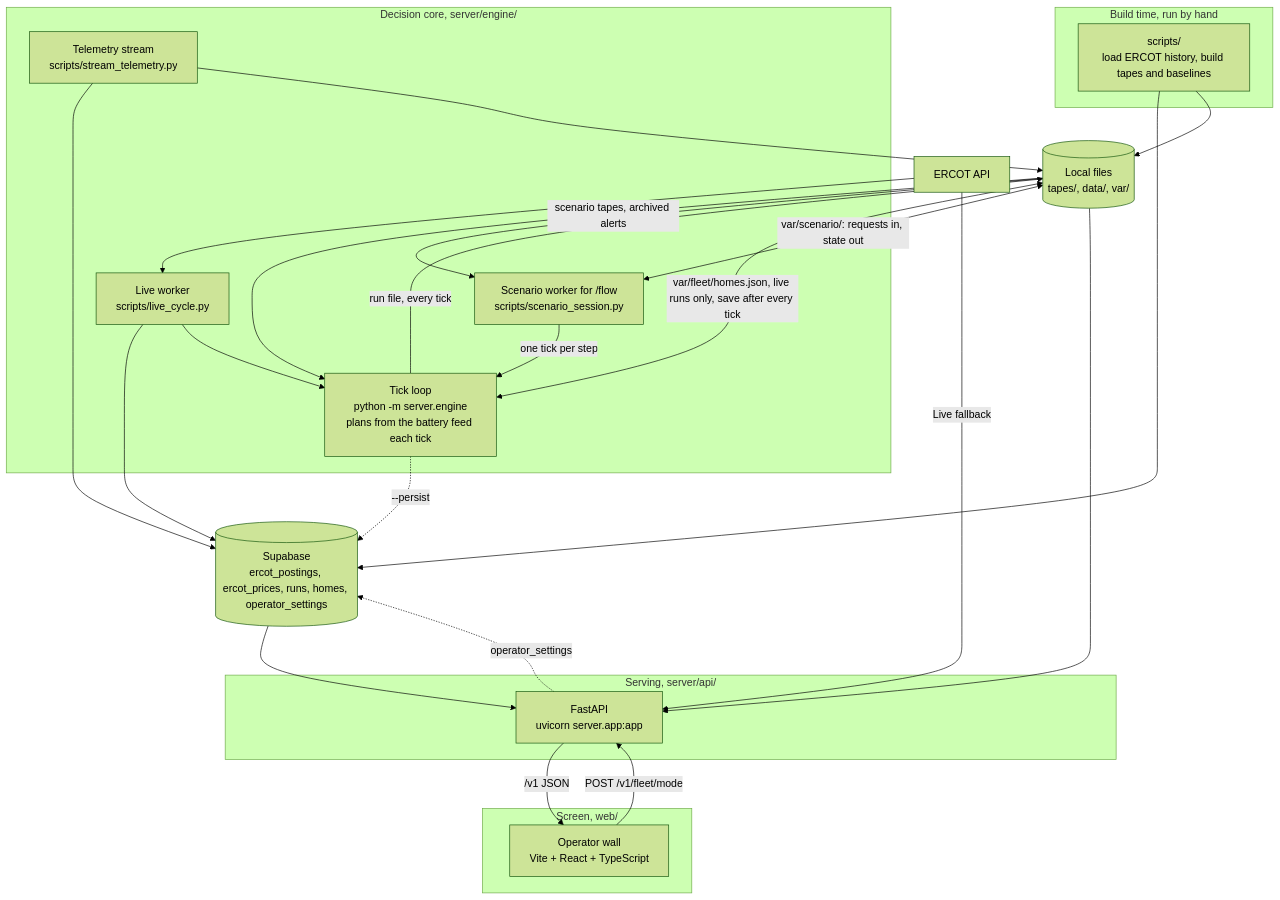
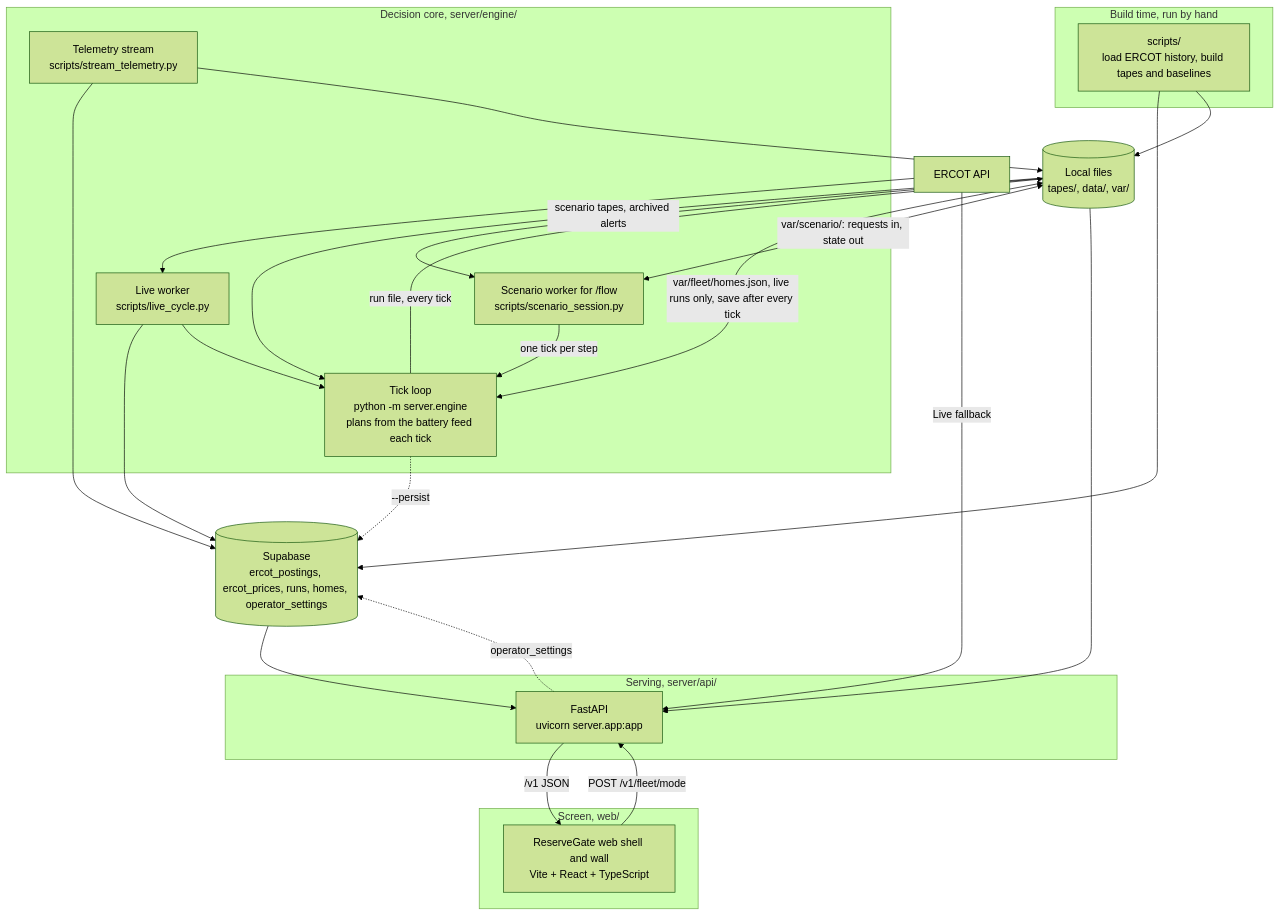
One commit to yeruvamaheswar/storm-prep-signal changed the second of 3 diagrams in docs/agents/system-design.md. Above: the diagram before and after it, drawn with Mermaid (forest theme). The commit also changed other lines of this file and 15 other files, not shown here.

Commit message:
Add redesigned ReserveGate shell

````diff
--- a/docs/agents/system-design.md
+++ b/docs/agents/system-design.md
@@ -71,46 +71,46 @@
 ```mermaid
 flowchart TB
   subgraph offline["Build time, run by hand"]
     SCRIPTS["scripts/<br/>load ERCOT history, build tapes and baselines"]
   end
 
   subgraph core["Decision core, server/engine/"]
     ENGINE["Tick loop<br/>python -m server.engine<br/>plans from the battery feed each tick"]
     WORKER["Live worker<br/>scripts/live_cycle.py"]
     STREAM["Telemetry stream<br/>scripts/stream_telemetry.py"]
     SESSION["Scenario worker for /flow<br/>scripts/scenario_session.py"]
   end
 
   subgraph serve["Serving, server/api/"]
     API["FastAPI<br/>uvicorn server.app:app"]
   end
 
   subgraph ui["Screen, web/"]
-    WALL["Operator wall<br/>Vite + React + TypeScript"]
+    WALL["ReserveGate web shell and wall<br/>Vite + React + TypeScript"]
   end
 
   FILES[("Local files<br/>tapes/, data/, var/")]
   SB[("Supabase<br/>ercot_postings, ercot_prices, runs, homes, operator_settings")]
   ERCOT["ERCOT API"]
 
   SCRIPTS --> SB
   SCRIPTS --> FILES
   FILES --> ENGINE
   ERCOT --> WORKER
   WORKER --> SB
   WORKER --> ENGINE
   STREAM --> SB
   STREAM --> FILES
   FILES -->|"scenario tapes, archived alerts"| SESSION
   SESSION -->|"one tick per step"| ENGINE
   SESSION <-->|"var/scenario/: requests in, state out"| FILES
   ENGINE -->|"run file, every tick"| FILES
   ENGINE <-->|"var/fleet/homes.json, live runs only, save after every tick"| FILES
   ENGINE -.->|"--persist"| SB
   FILES --> API
   SB --> API
   ERCOT -->|"Live fallback"| API
   API -->|"/v1 JSON"| WALL
   WALL -->|"POST /v1/fleet/mode"| API
   API -.->|"operator_settings"| SB
 ```
````
